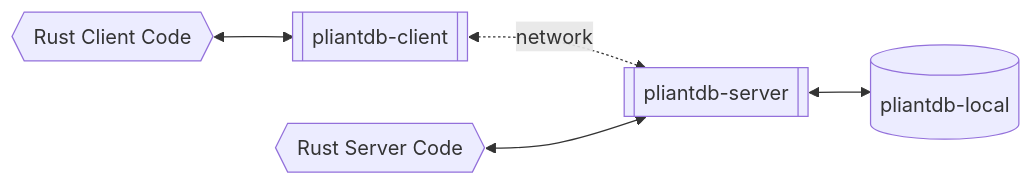
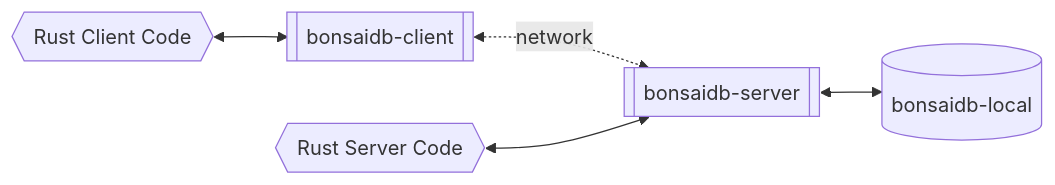
One commit to khonsulabs/bonsaidb changed the third of 5 diagrams in book/src/about/access_models.md. Above: the diagram before and after it, drawn with Mermaid. The commit also changed other lines of this file and 110 other files, not shown here.

````diff
--- a/book/src/about/access_models.md
+++ b/book/src/about/access_models.md
@@ -34,12 +34,12 @@
 ```mermaid
 graph LR
   client-code{{Rust Client Code}}
   server-code{{Rust Server Code}}
-  client[[pliantdb-client]]
-  server[[pliantdb-server]]
-  local[(pliantdb-local)]
+  client[[bonsaidb-client]]
+  server[[bonsaidb-server]]
+  local[(bonsaidb-local)]
   client-code <--> client
   client <-. network .-> server
   server <--> local
   server-code <--> server
 ```
````
